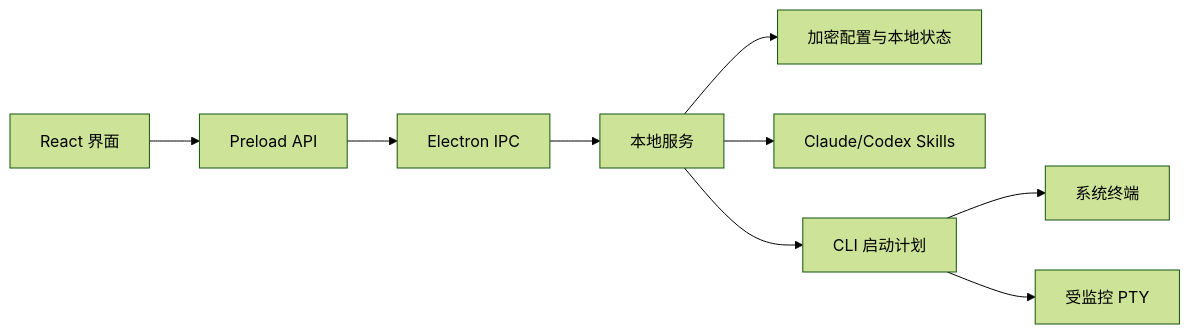
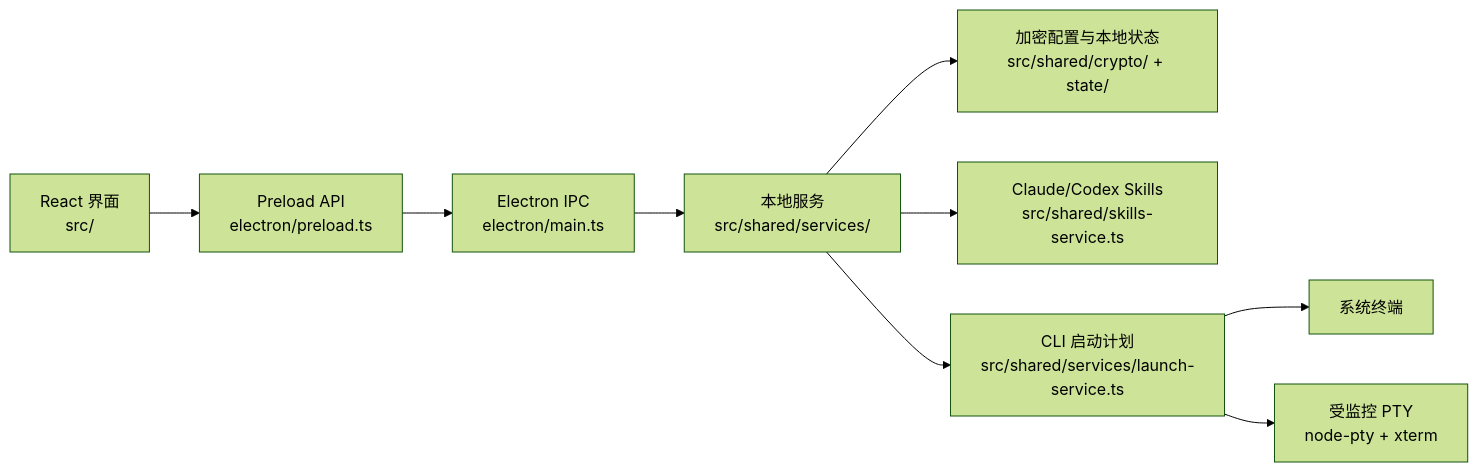
One commit to tmdy/CodeDeck changed the diagram in README.md. Above: the diagram before and after it, drawn with Mermaid (forest theme). The commit also changed other lines of this file and 3 other files, not shown here.

````diff
--- a/README.md
+++ b/README.md
@@ -119,11 +135,11 @@
 ```mermaid
 flowchart LR
-    UI[React 界面] --> PRELOAD[Preload API]
-    PRELOAD --> IPC[Electron IPC]
-    IPC --> SERVICES[本地服务]
-    SERVICES --> STATE[加密配置与本地状态]
-    SERVICES --> SKILLS[Claude/Codex Skills]
-    SERVICES --> PLAN[CLI 启动计划]
+    UI[React 界面<br/>src/] --> PRELOAD[Preload API<br/>electron/preload.ts]
+    PRELOAD --> IPC[Electron IPC<br/>electron/main.ts]
+    IPC --> SERVICES[本地服务<br/>src/shared/services/]
+    SERVICES --> STATE[加密配置与本地状态<br/>src/shared/crypto/ + state/]
+    SERVICES --> SKILLS[Claude/Codex Skills<br/>src/shared/skills-service.ts]
+    SERVICES --> PLAN[CLI 启动计划<br/>src/shared/services/launch-service.ts]
     PLAN --> DIRECT[系统终端]
-    PLAN --> PTY[受监控 PTY]
+    PLAN --> PTY[受监控 PTY<br/>node-pty + xterm]
 ```
````
